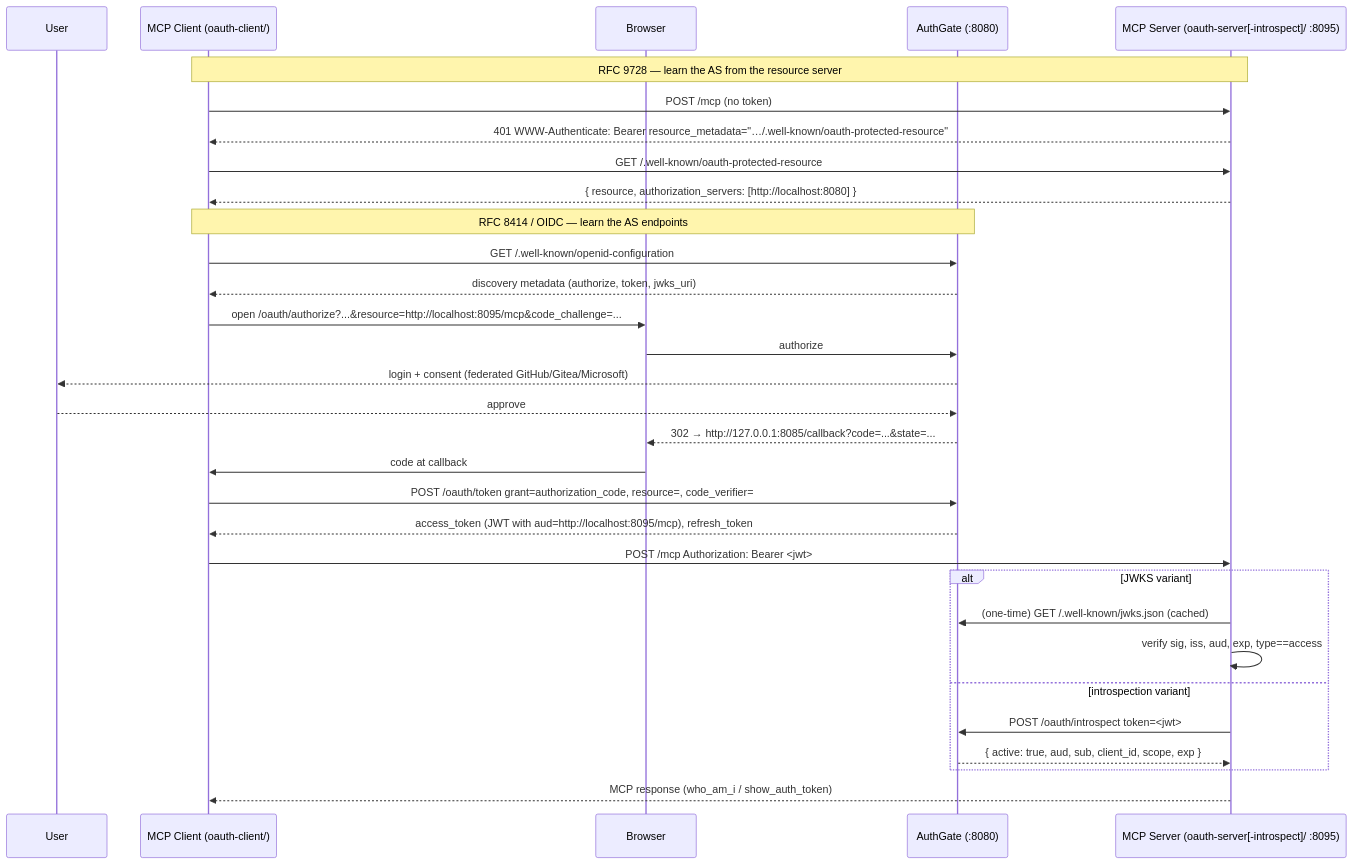
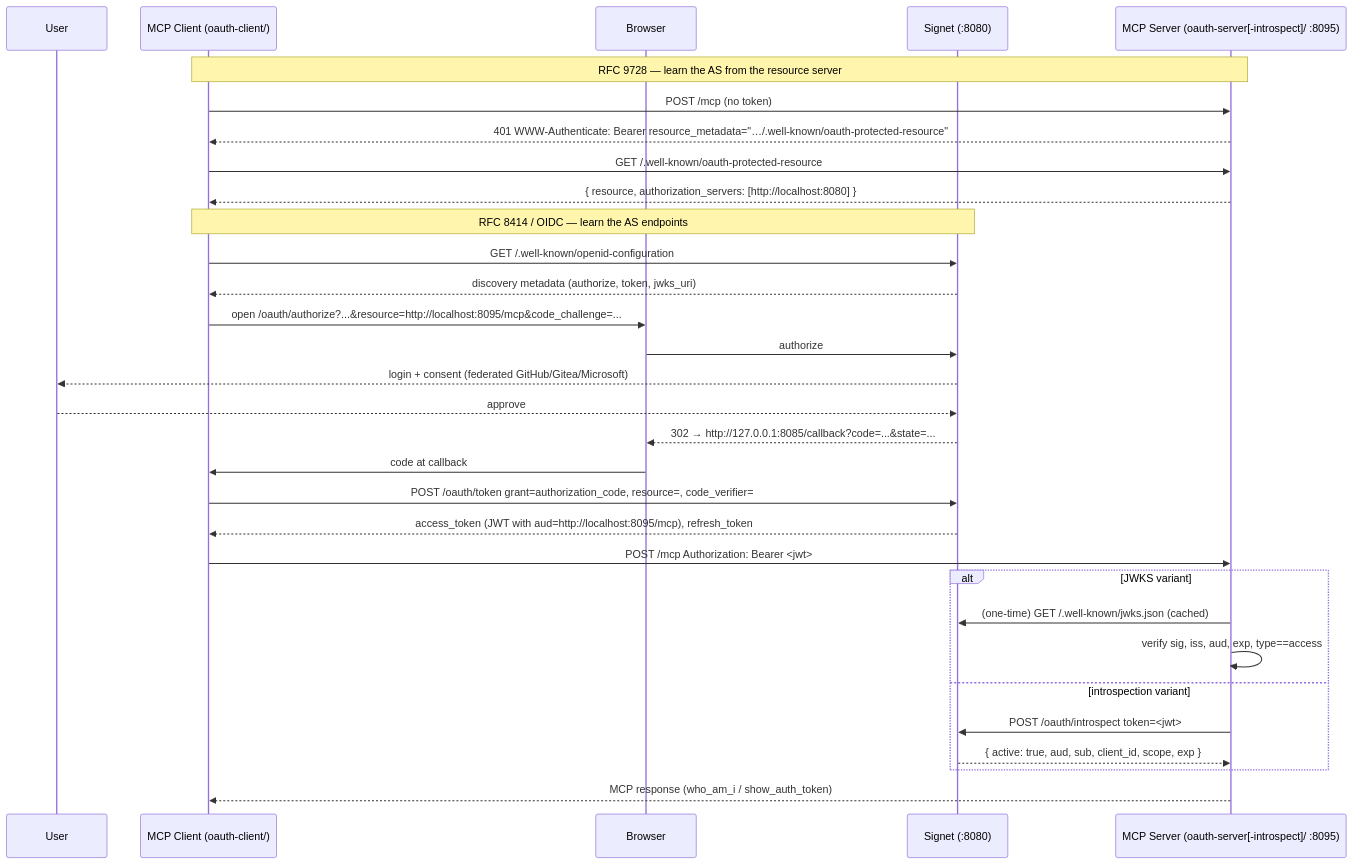
One commit to go-training/mcp-workshop changed the diagram in 03-oauth-mcp/dcr/README.md. Above: the diagram before and after it, drawn with Mermaid. The commit also changed other lines of this file and 24 other files, not shown here.

First line of the commit message:
refactor(oauth-mcp): rename AuthGate to Signet across samples (#5)

````diff
--- a/03-oauth-mcp/dcr/README.md
+++ b/03-oauth-mcp/dcr/README.md
@@ -97,36 +97,36 @@
 ```mermaid
 sequenceDiagram
     participant U as User
     participant C as MCP Client (oauth-client/)
     participant B as Browser
-    participant A as AuthGate (:8080)
+    participant A as Signet (:8080)
     participant M as MCP Server (oauth-server[-introspect]/ :8095)
 
     Note over C,M: RFC 9728 — learn the AS from the resource server
     C->>M: POST /mcp (no token)
     M-->>C: 401 WWW-Authenticate: Bearer resource_metadata="…/.well-known/oauth-protected-resource"
     C->>M: GET /.well-known/oauth-protected-resource
     M-->>C: { resource, authorization_servers: [http://localhost:8080] }
 
     Note over C,A: RFC 8414 / OIDC — learn the AS endpoints
     C->>A: GET /.well-known/openid-configuration
     A-->>C: discovery metadata (authorize, token, jwks_uri)
 
     C->>B: open /oauth/authorize?...&resource=http://localhost:8095/mcp&code_challenge=...
     B->>A: authorize
     A-->>U: login + consent (federated GitHub/Gitea/Microsoft)
     U-->>A: approve
     A-->>B: 302 → http://127.0.0.1:8085/callback?code=...&state=...
     B->>C: code at callback
     C->>A: POST /oauth/token grant=authorization_code, resource=, code_verifier=
     A-->>C: access_token (JWT with aud=http://localhost:8095/mcp), refresh_token
     C->>M: POST /mcp Authorization: Bearer <jwt>
     alt JWKS variant
         M->>A: (one-time) GET /.well-known/jwks.json (cached)
         M->>M: verify sig, iss, aud, exp, type==access
     else introspection variant
         M->>A: POST /oauth/introspect token=<jwt>
         A-->>M: { active: true, aud, sub, client_id, scope, exp }
     end
     M-->>C: MCP response (who_am_i / show_auth_token)
 ```
````
